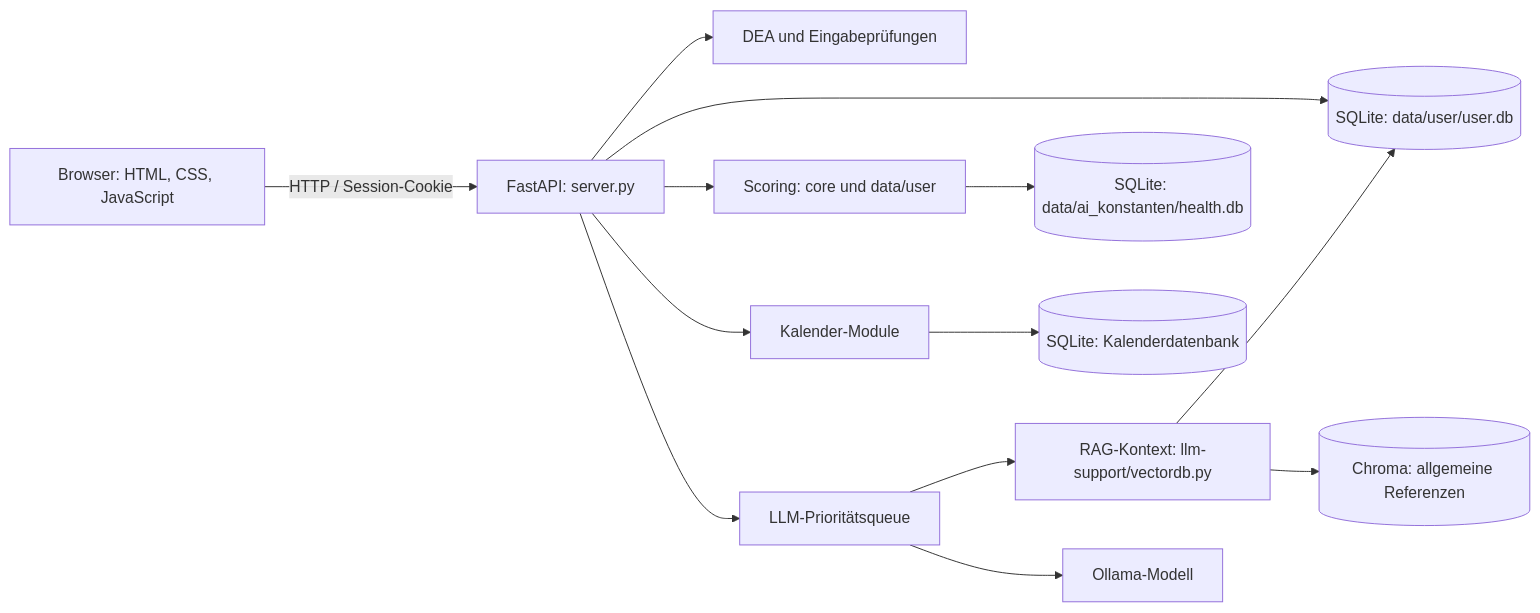
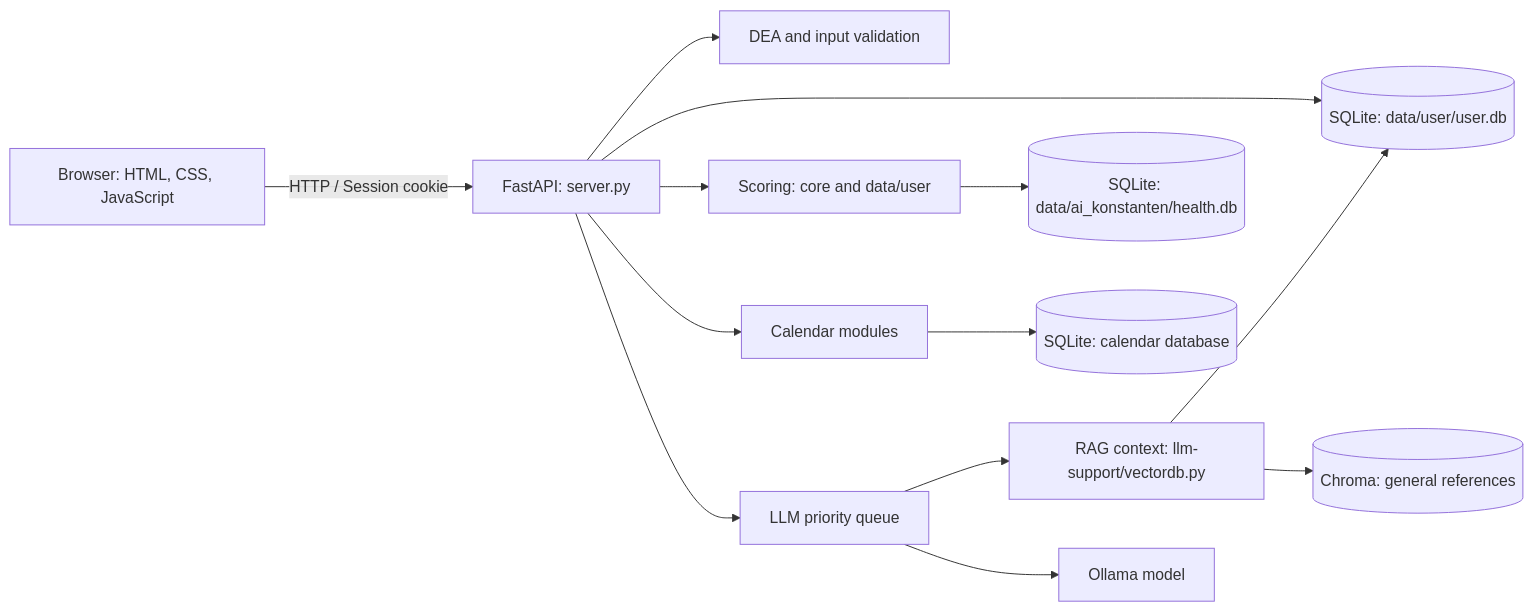
The diagram in docs/architecture/README.md (Marg-Ghost/Rebuild), drawn with Mermaid before and after one commit. The commit also changed other lines of this file and 66 other files, not shown here.

````diff
--- a/docs/architecture/README.md
+++ b/docs/architecture/README.md
@@ -7,15 +7,15 @@
 ```mermaid
 flowchart LR
-    Browser[Browser: HTML, CSS, JavaScript] -->|HTTP / Session-Cookie| API[FastAPI: server.py]
-    API --> Auth[DEA und Eingabeprüfungen]
+    Browser[Browser: HTML, CSS, JavaScript] -->|HTTP / Session cookie| API[FastAPI: server.py]
+    API --> Auth[DEA and input validation]
     API --> UserDB[(SQLite: data/user/user.db)]
-    API --> Score[Scoring: core und data/user]
-    API --> Calendar[Kalender-Module]
-    API --> Queue[LLM-Prioritätsqueue]
+    API --> Score[Scoring: core and data/user]
+    API --> Calendar[Calendar modules]
+    API --> Queue[LLM priority queue]
     Score --> RefDB[(SQLite: data/ai_konstanten/health.db)]
-    Queue --> RAG[RAG-Kontext: llm-support/vectordb.py]
+    Queue --> RAG[RAG context: llm-support/vectordb.py]
     RAG --> UserDB
-    RAG --> Chroma[(Chroma: allgemeine Referenzen)]
-    Queue --> Ollama[Ollama-Modell]
-    Calendar --> CalendarDB[(SQLite: Kalenderdatenbank)]
+    RAG --> Chroma[(Chroma: general references)]
+    Queue --> Ollama[Ollama model]
+    Calendar --> CalendarDB[(SQLite: calendar database)]
 ```
````
